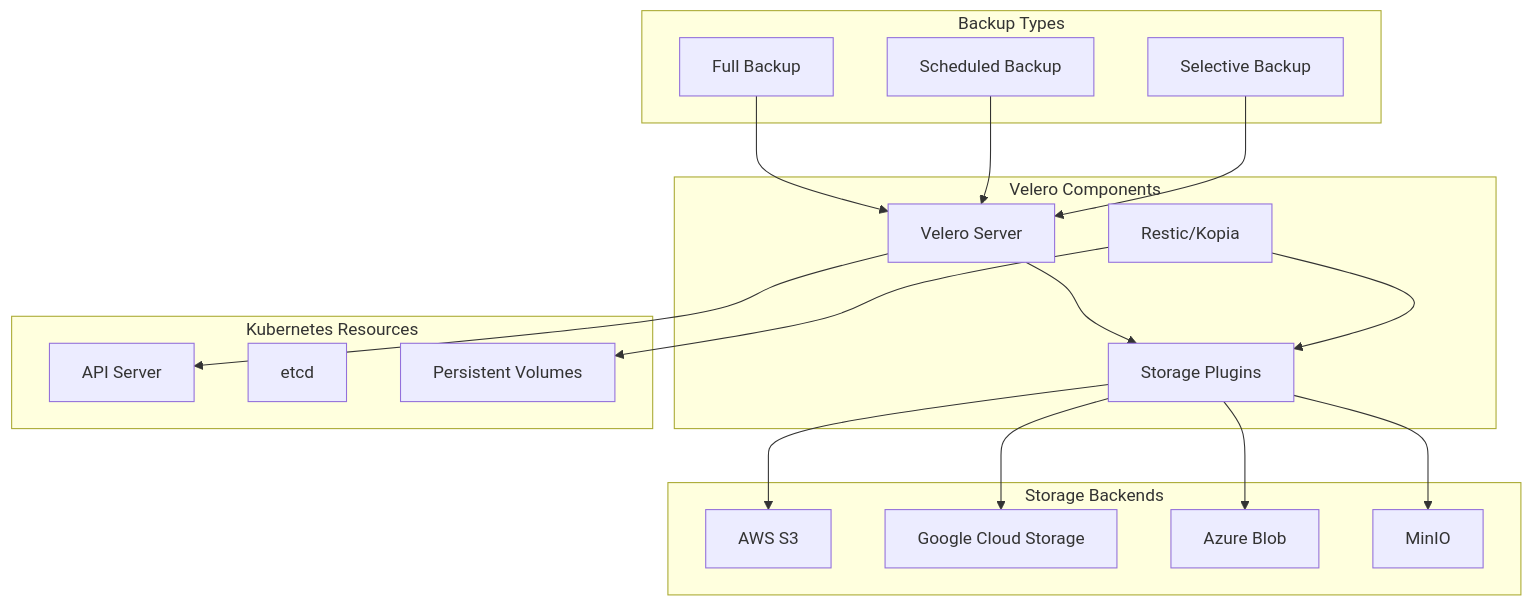
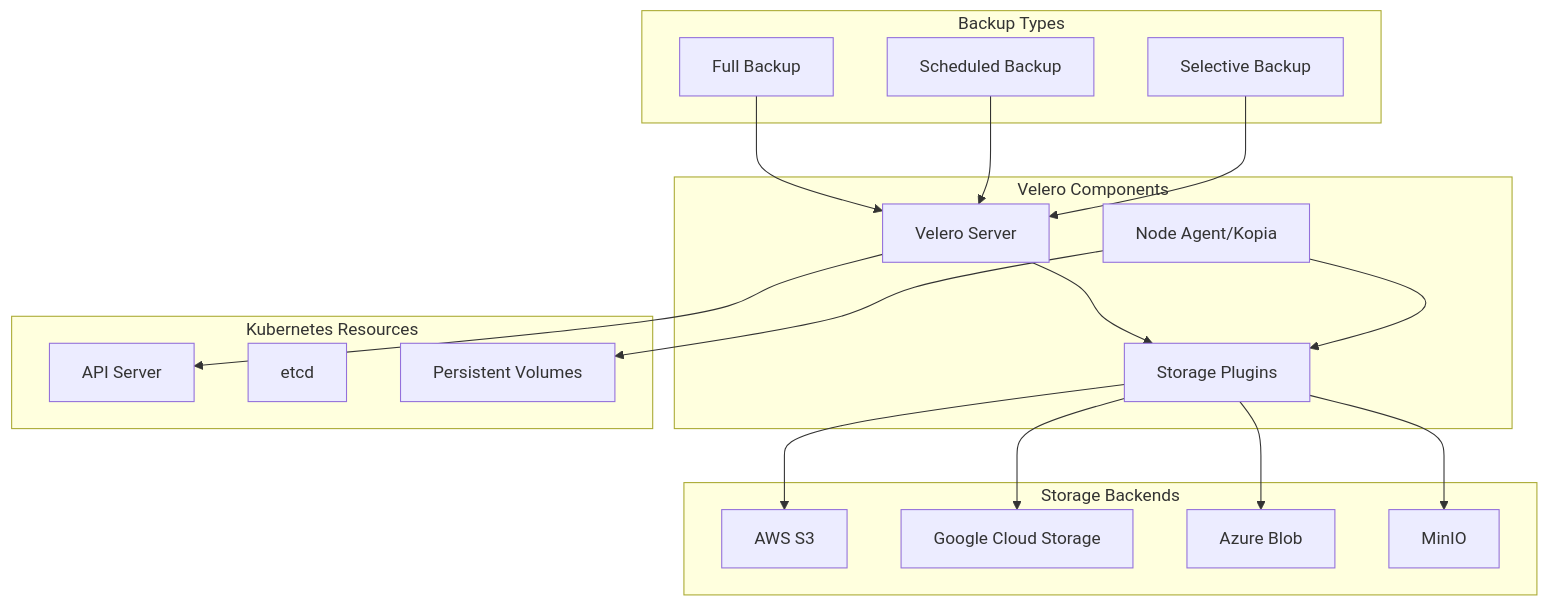
Before and after one commit to OneUptime/blog: the diagram in posts/2026-01-17-helm-velero-backup-restore/README.md, drawn with Mermaid. The commit also changed other lines of this file and 4262 other files, not shown here.

````diff
--- a/posts/2026-01-17-helm-velero-backup-restore/README.md
+++ b/posts/2026-01-17-helm-velero-backup-restore/README.md
@@ -13,41 +13,41 @@
 ```mermaid
 flowchart TB
   subgraph "Velero Components"
     server[Velero Server]
     plugins[Storage Plugins]
-    restic[Restic/Kopia]
+    restic[Node Agent/Kopia]
   end
   
   subgraph "Kubernetes Resources"
     api[API Server]
     etcd[etcd]
     pvcs[Persistent Volumes]
   end
   
   subgraph "Storage Backends"
     s3[AWS S3]
     gcs[Google Cloud Storage]
     azure[Azure Blob]
     minio[MinIO]
   end
   
   subgraph "Backup Types"
     full[Full Backup]
     scheduled[Scheduled Backup]
     selective[Selective Backup]
   end
   
   server --> api
   server --> plugins
   plugins --> s3
   plugins --> gcs
   plugins --> azure
   plugins --> minio
   
   restic --> pvcs
   restic --> plugins
   
   full --> server
   scheduled --> server
   selective --> server
 ```
````
